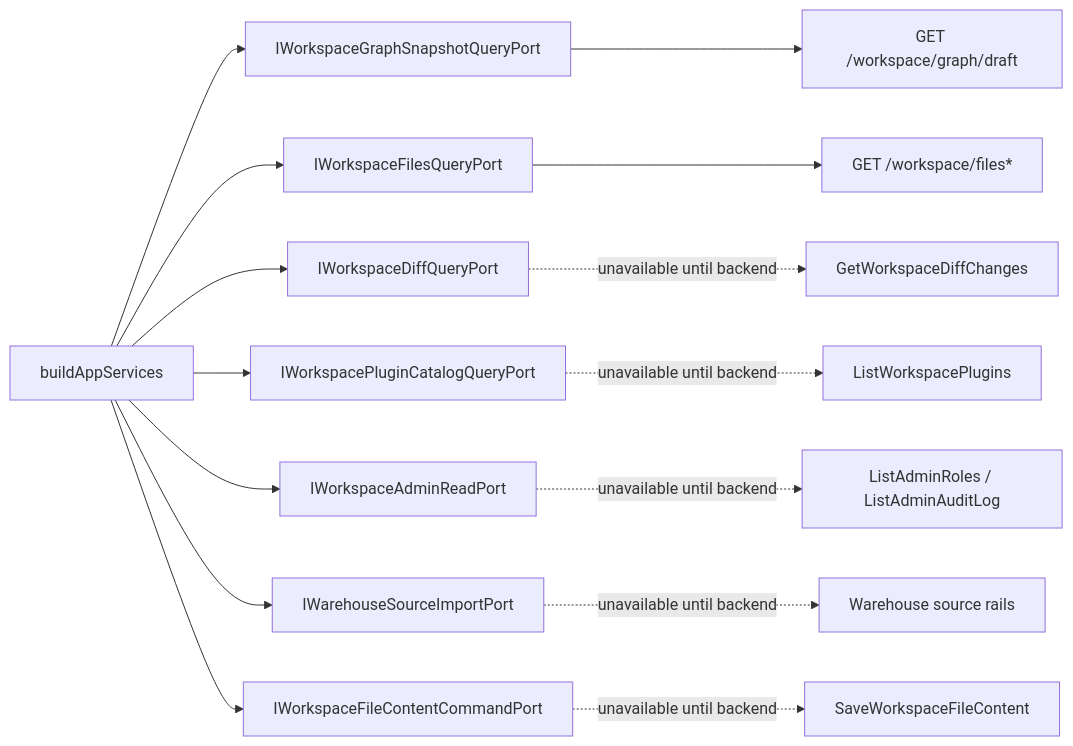
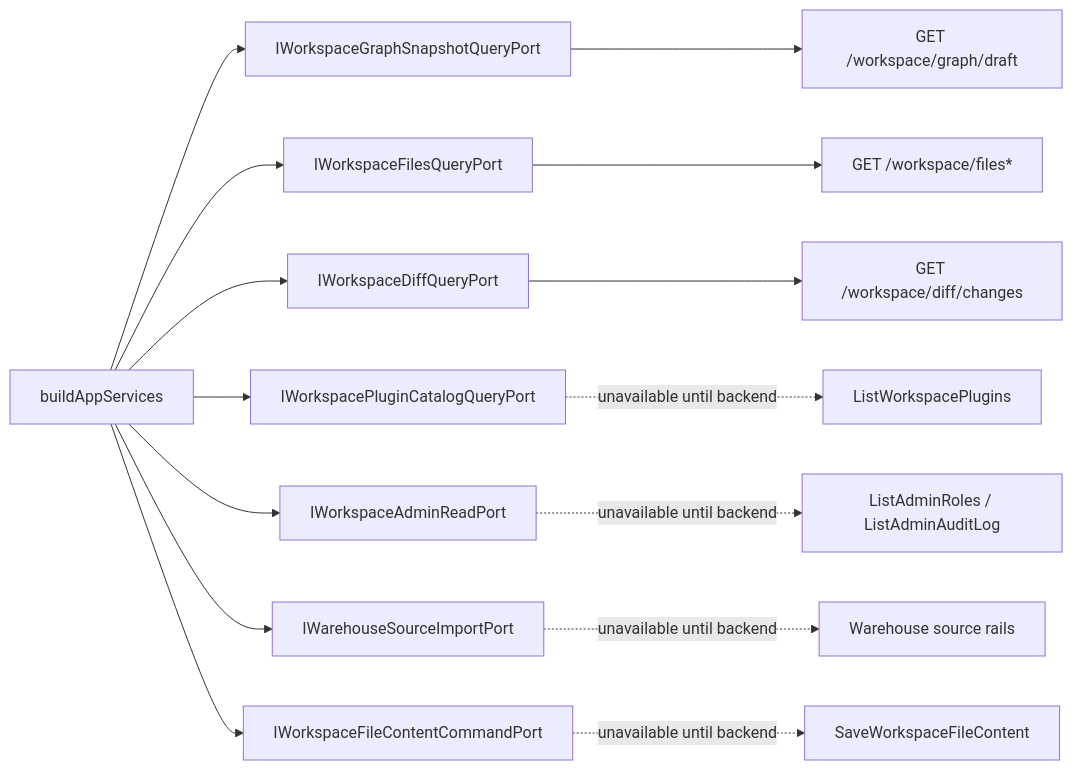
The second of 3 diagrams in docs/architecture/components/web/workspace/workspace-port-decomposition-component.md (dunay2/dvt), drawn with Mermaid before and after one commit. The commit also changed other lines of this file and 28 other files, not shown here.

Commit message:
feat(web): Add workspace diff backend rail

````diff
--- a/docs/architecture/components/web/workspace/workspace-port-decomposition-component.md
+++ b/docs/architecture/components/web/workspace/workspace-port-decomposition-component.md
@@ -77,27 +77,27 @@
 ```mermaid
 flowchart LR
   Composition["buildAppServices"]
   Graph["IWorkspaceGraphSnapshotQueryPort"]
   Files["IWorkspaceFilesQueryPort"]
   Diff["IWorkspaceDiffQueryPort"]
   Plugins["IWorkspacePluginCatalogQueryPort"]
   Admin["IWorkspaceAdminReadPort"]
   Import["IWarehouseSourceImportPort"]
   FileWrite["IWorkspaceFileContentCommandPort"]
 
   Composition --> Graph
   Composition --> Files
   Composition --> Diff
   Composition --> Plugins
   Composition --> Admin
   Composition --> Import
   Composition --> FileWrite
 
   Graph --> GraphRoute["GET /workspace/graph/draft"]
   Files --> FileRoutes["GET /workspace/files*"]
-  Diff -. unavailable until backend .-> DiffRail["GetWorkspaceDiffChanges"]
+  Diff --> DiffRail["GET /workspace/diff/changes"]
   Plugins -. unavailable until backend .-> PluginRail["ListWorkspacePlugins"]
   Admin -. unavailable until backend .-> AdminRails["ListAdminRoles / ListAdminAuditLog"]
   Import -. unavailable until backend .-> ImportRails["Warehouse source rails"]
   FileWrite -. unavailable until backend .-> WriteRail["SaveWorkspaceFileContent"]
 ```
````
